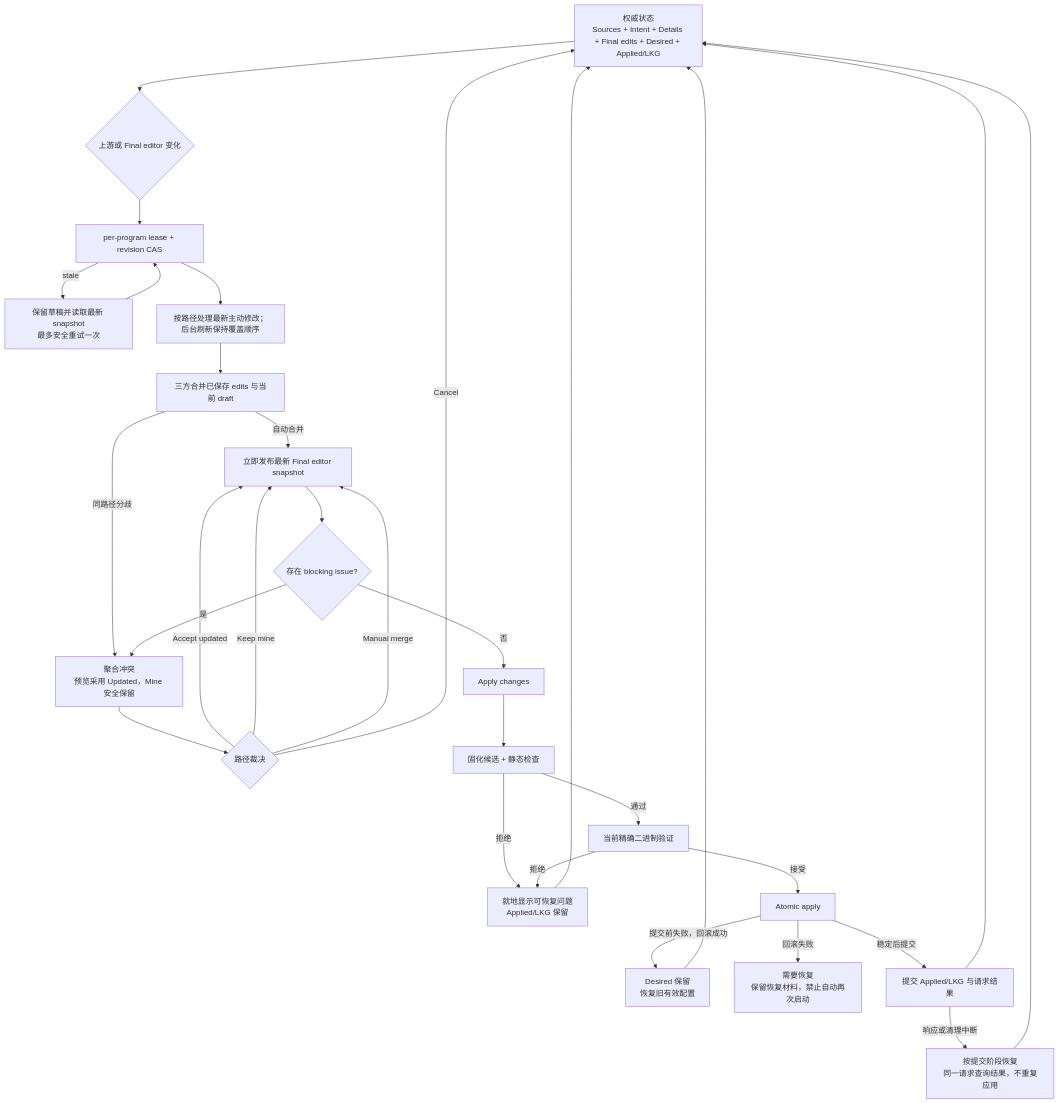
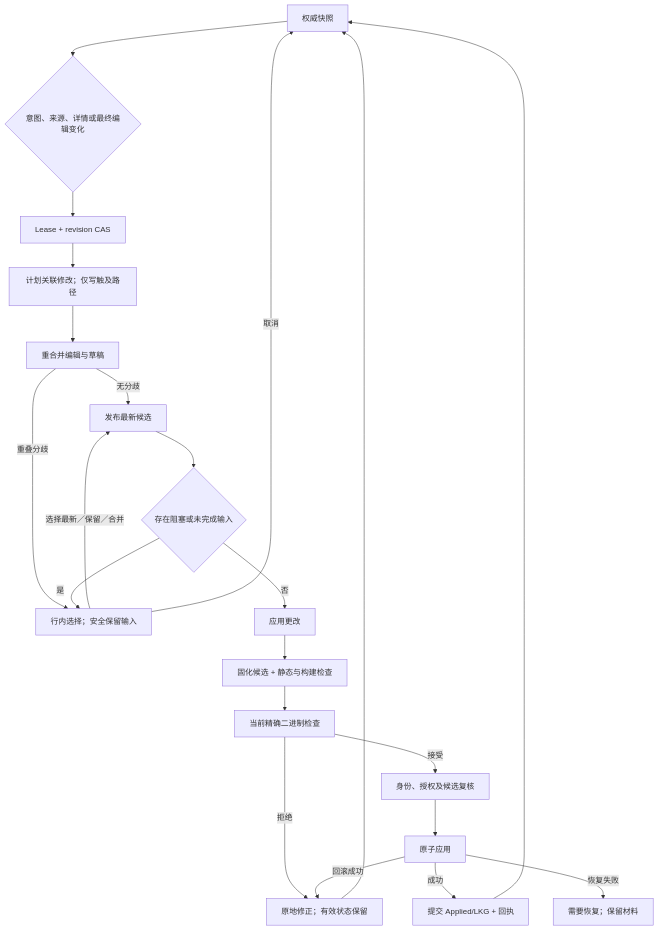
Before and after one commit to camellia-computing/nexus: the diagram in nexus-client-plan.md, drawn with Mermaid. The commit also changed other lines of this file and 65 other files, not shown here.

````diff
--- a/nexus-client-plan.md
+++ b/nexus-client-plan.md
@@ -226,33 +143,24 @@
-```mermaid
+~~~mermaid
 flowchart TD
-  A["权威状态<br/>Sources + Intent + Details + Final edits + Desired + Applied/LKG"]
-    --> B{"上游或 Final editor 变化"}
-  B --> C["per-program lease + revision CAS"]
-  C -->|stale| D["保留草稿并读取最新 snapshot<br/>最多安全重试一次"]
-  D --> C
-  C --> E["按路径处理最新主动修改；后台刷新保持覆盖顺序"]
-  E --> F["三方合并已保存 edits 与当前 draft"]
-  F -->|自动合并| G["立即发布最新 Final editor snapshot"]
-  F -->|同路径分歧| H["聚合冲突<br/>预览采用 Updated，Mine 安全保留"]
-  H --> I{"路径裁决"}
-  I -->|Accept updated| G
-  I -->|Keep mine| G
-  I -->|Manual merge| G
-  I -->|Cancel| A
-  G --> J{"存在 blocking issue?"}
-  J -->|是| H
-  J -->|否| K["Apply changes"]
-  K --> L["固化候选 + 静态检查"]
-  L -->|拒绝| M["就地显示可恢复问题<br/>Applied/LKG 保留"]
-  L -->|通过| N["当前精确二进制验证"]
-  N -->|拒绝| M
-  N -->|接受| O["Atomic apply"]
-  O -->|提交前失败，回滚成功| P["Desired 保留<br/>恢复旧有效配置"]
-  O -->|回滚失败| R["需要恢复<br/>保留恢复材料，禁止自动再次启动"]
-  O -->|稳定后提交| Q["提交 Applied/LKG 与请求结果"]
-  Q -->|响应或清理中断| S["按提交阶段恢复<br/>同一请求查询结果，不重复应用"]
-  M --> A
-  P --> A
-  Q --> A
-  S --> A
-```
+  A["权威快照"] --> B{"意图、来源、详情或最终编辑变化"}
+  B --> C["Lease + revision CAS"]
+  C --> D["计划关联修改；仅写触及路径"]
+  D --> E["重合并编辑与草稿"]
+  E -->|无分歧| F["发布最新候选"]
+  E -->|重叠分歧| G["行内选择；安全保留输入"]
+  G -->|选择最新／保留／合并| F
+  G -->|取消| A
+  F --> H{"存在阻塞或未完成输入"}
+  H -->|是| G
+  H -->|否| I["应用更改"]
+  I --> J["固化候选 + 静态与构建检查"]
+  J --> K["当前精确二进制检查"]
+  K -->|拒绝| L["原地修正；有效状态保留"]
+  K -->|接受| M["身份、授权及候选复核"]
+  M --> N["原子应用"]
+  N -->|成功| O["提交 Applied/LKG + 回执"]
+  N -->|回滚成功| L
+  N -->|恢复失败| P["需要恢复；保留材料"]
+  L --> A
+  O --> A
+~~~
````
